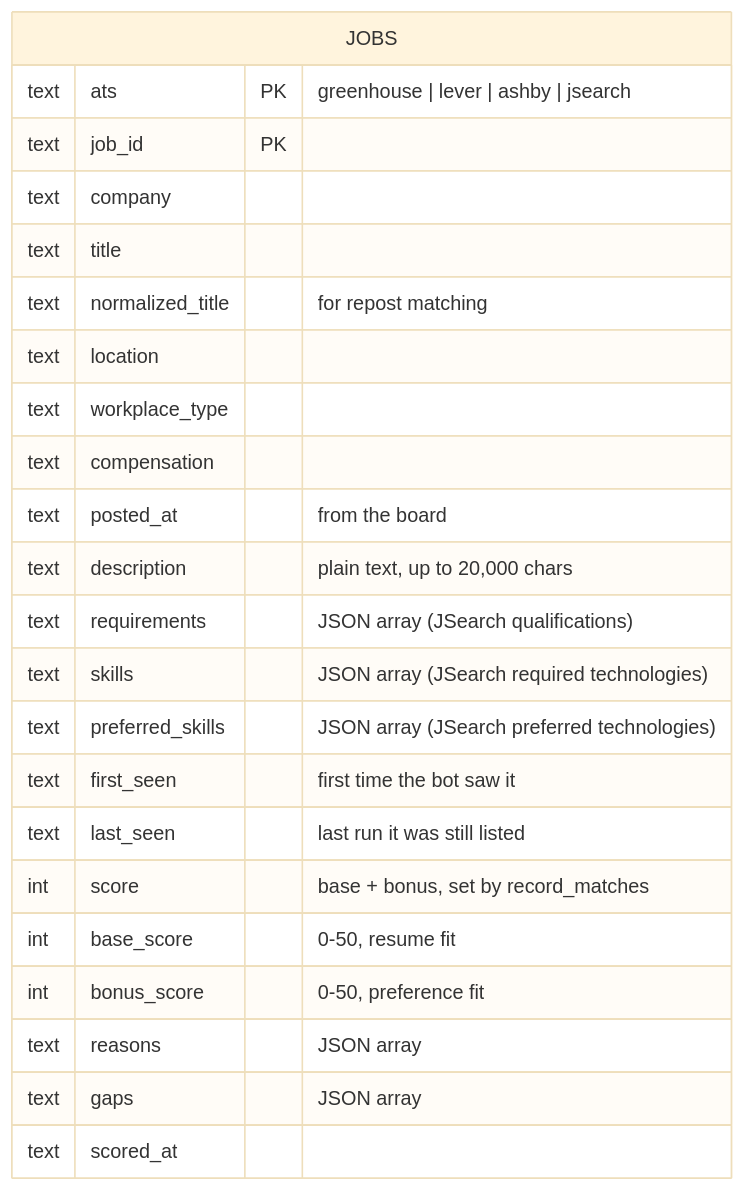
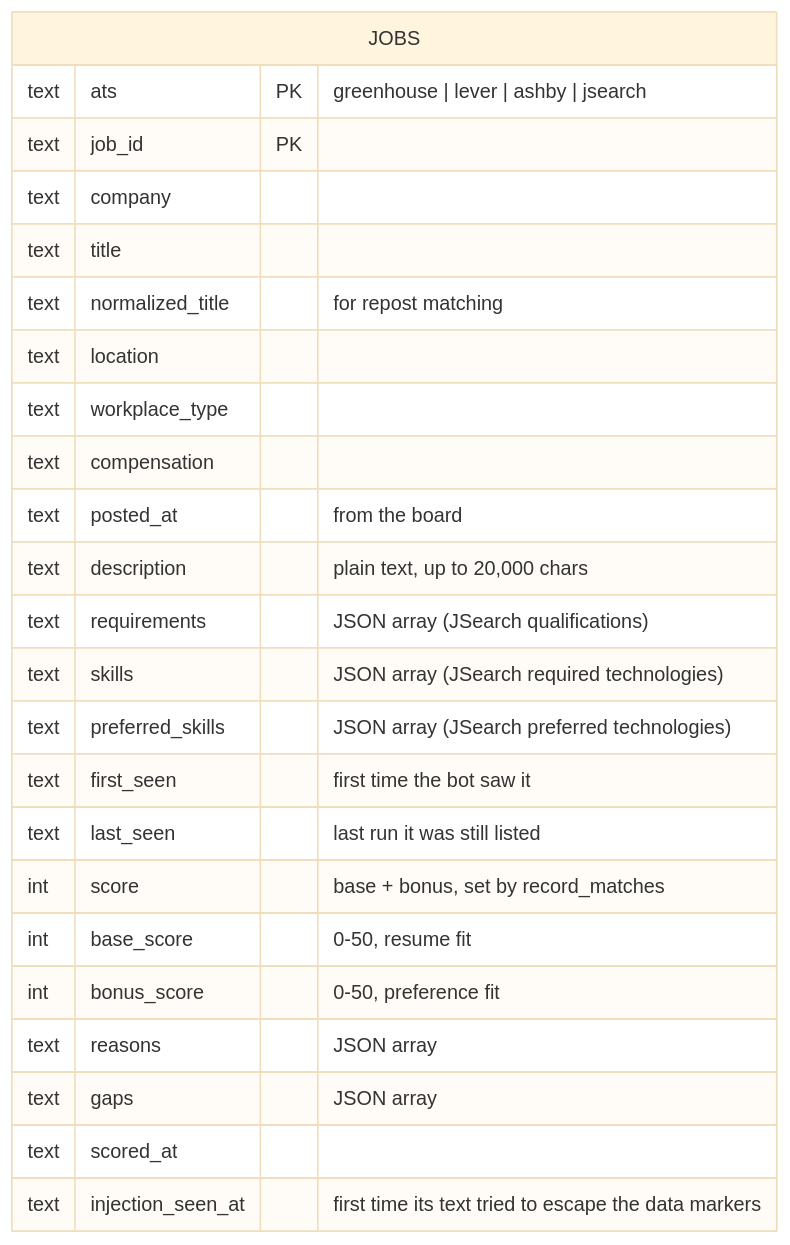
One commit to risingfish/myjobbot changed the sixth of 7 diagrams in README.md. Above: the diagram before and after it, drawn with Mermaid (base theme). The commit also changed other lines of this file and 56 other files, not shown here.

First line of the commit message:
Run-bound data markers against prompt injection (009) (#15)

````diff
--- a/README.md
+++ b/README.md
@@ -450,26 +467,27 @@
 ```mermaid
 erDiagram
     JOBS {
         text ats PK "greenhouse | lever | ashby | jsearch"
         text job_id PK
         text company
         text title
         text normalized_title "for repost matching"
         text location
         text workplace_type
         text compensation
         text posted_at "from the board"
         text description "plain text, up to 20,000 chars"
         text requirements "JSON array (JSearch qualifications)"
         text skills "JSON array (JSearch required technologies)"
         text preferred_skills "JSON array (JSearch preferred technologies)"
         text first_seen "first time the bot saw it"
         text last_seen "last run it was still listed"
         int score "base + bonus, set by record_matches"
         int base_score "0-50, resume fit"
         int bonus_score "0-50, preference fit"
         text reasons "JSON array"
         text gaps "JSON array"
         text scored_at
+        text injection_seen_at "first time its text tried to escape the data markers"
     }
 ```
````
